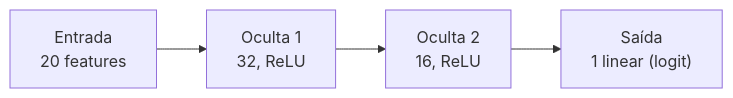
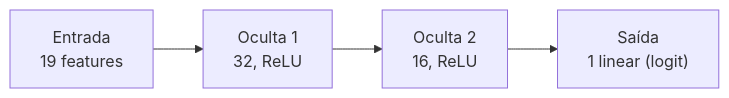
One commit to Joao-Gabriel05/ann-dl changed the diagram in docs/projects/classification/index.md. Above: the diagram before and after it, drawn with Mermaid. The commit also changed other lines of this file and 15 other files, not shown here.

````diff
--- a/docs/projects/classification/index.md
+++ b/docs/projects/classification/index.md
@@ -83,6 +85,6 @@
 ``` mermaid
 flowchart LR
-    x["Entrada<br/>20 features"] --> h1["Oculta 1<br/>32, ReLU"]
+    x["Entrada<br/>19 features"] --> h1["Oculta 1<br/>32, ReLU"]
     h1 --> h2["Oculta 2<br/>16, ReLU"]
     h2 --> out["Saída<br/>1 linear (logit)"]
 ```
````
